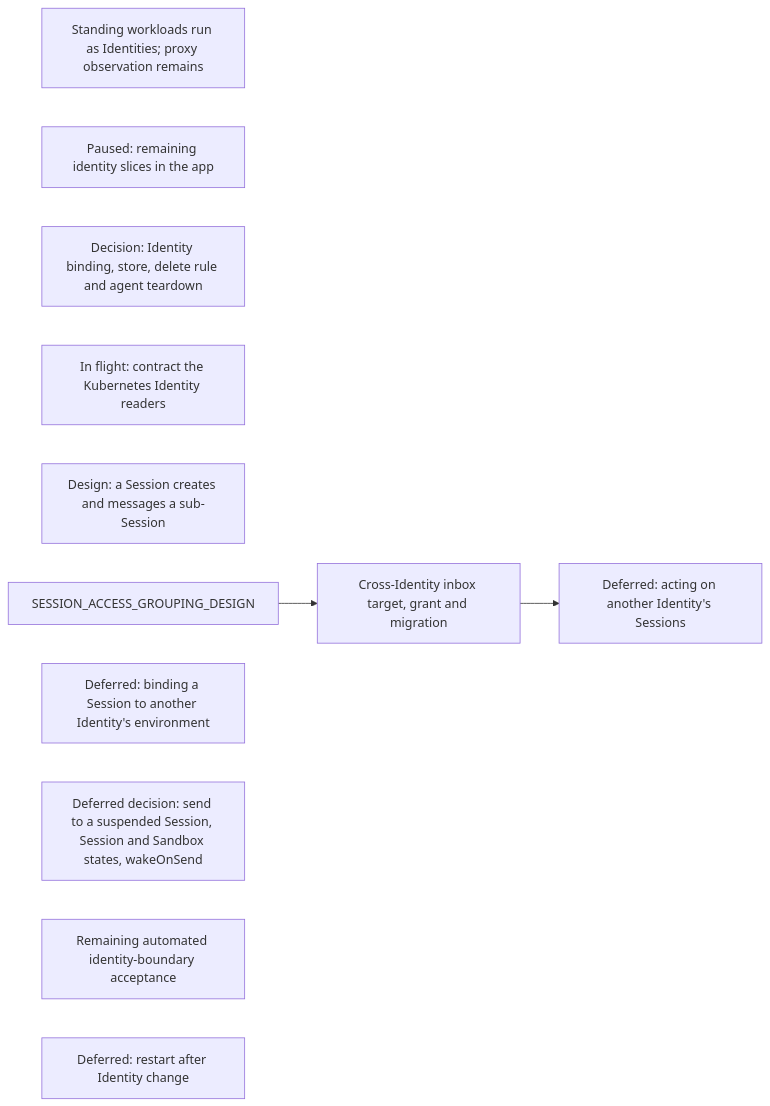
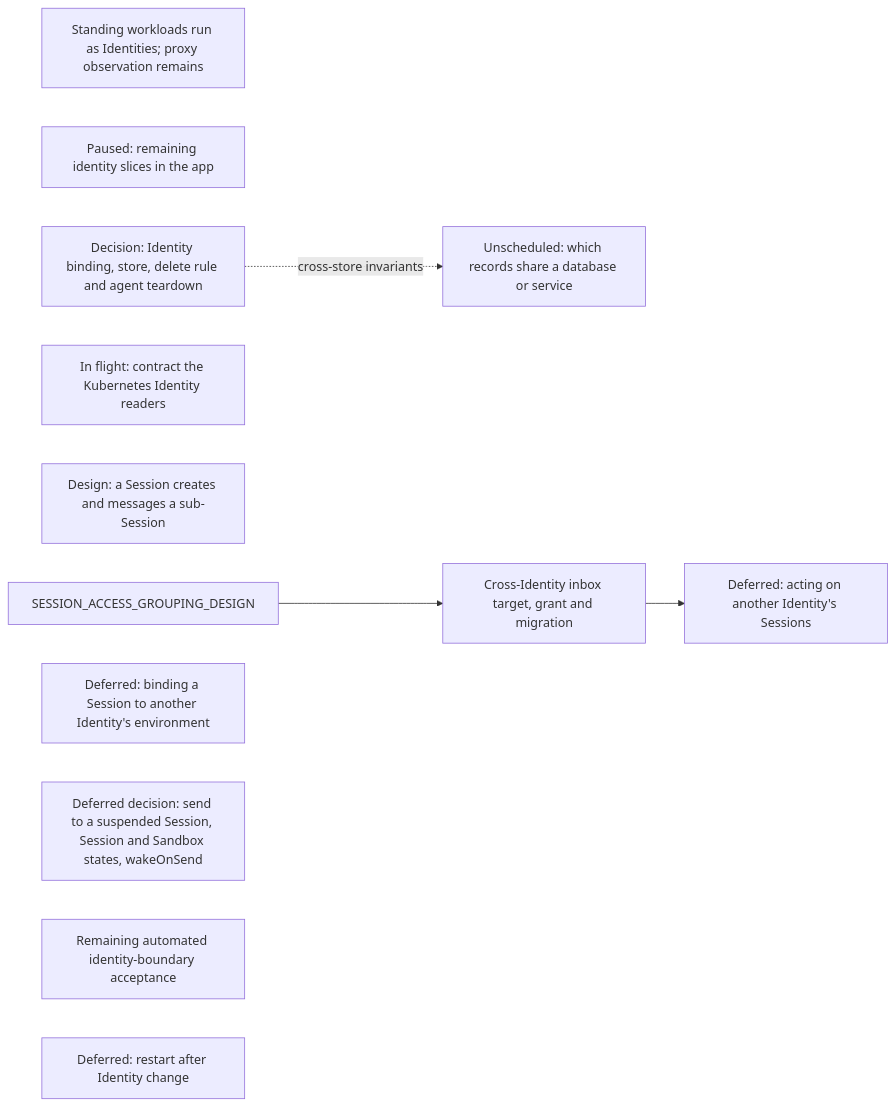
One commit to agentydragon/ducktape changed diagram 16 of 18 in agentplane/plans/task_dag.md. Above: the diagram before and after it, drawn with Mermaid. The commit also changed other lines of this file and 1 other file, not shown here.

Commit message:
DAG: record which records should share a database or service as an open design

````diff
--- a/agentplane/plans/task_dag.md
+++ b/agentplane/plans/task_dag.md
@@ -3548,14 +3548,16 @@
 ```mermaid
 flowchart LR
     STANDING_WORKLOAD_IDENTITY[Standing workloads run as Identities; proxy observation remains]
     APP_IDENTITIES_UI[Paused: remaining identity slices in the app]
     IDENTITY_OWNERSHIP_DESIGN[Decision: Identity binding, store, delete rule and agent teardown]
     IDENTITY_READERS_BEHIND_POLICY_SERVICE[In flight: contract the Kubernetes Identity readers]
+    RECORD_COLOCATION_DESIGN[Unscheduled: which records share a database or service]
+    IDENTITY_OWNERSHIP_DESIGN -. cross-store invariants .-> RECORD_COLOCATION_DESIGN
     SESSION_SUBAGENT_DELEGATION[Design: a Session creates and messages a sub-Session]
     SESSION_ACCESS_GROUPING_DESIGN --> SESSION_IDENTITY_AUTHZ[Cross-Identity inbox target, grant and migration]
     SESSION_IDENTITY_AUTHZ --> SESSION_CROSS_IDENTITY_AUTHORITY[Deferred: acting on another Identity's Sessions]
     CROSS_IDENTITY_SESSION_BINDING[Deferred: binding a Session to another Identity's environment]
     WAKE_ON_DELIVERY_DESIGN[Deferred decision: send to a suspended Session, Session and Sandbox states, wakeOnSend]
     IDENTITY_SYSTEM_TESTS[Remaining automated identity-boundary acceptance]
     SANDBOX_IDENTITY_CHANGE_CHECKPOINT[Deferred: restart after Identity change]
 ```
````
